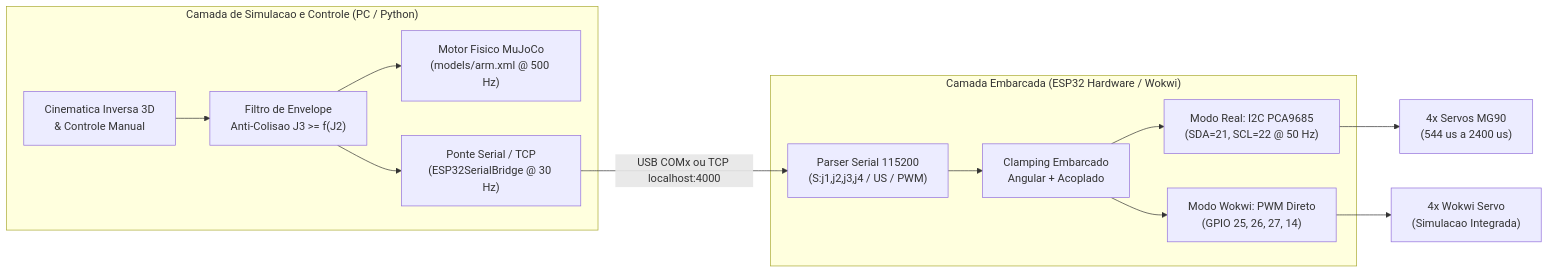
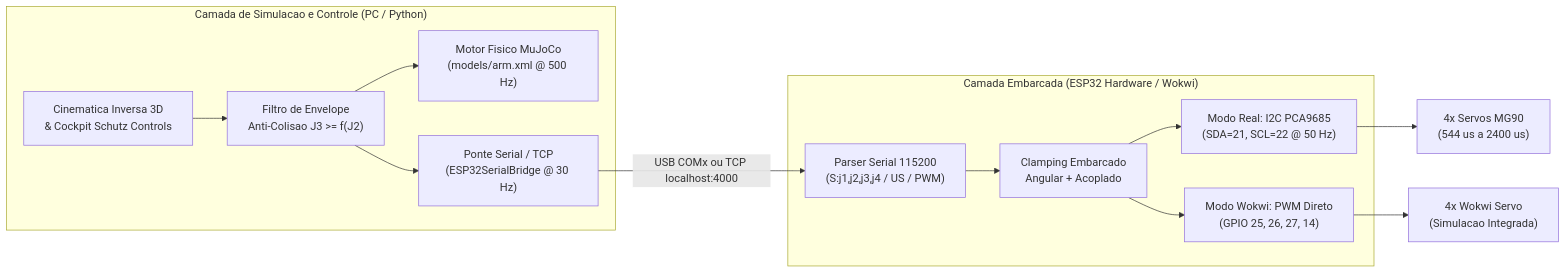
One commit to ryhanschutz/robot_arm changed the first of 2 diagrams in README.md. Above: the diagram before and after it, drawn with Mermaid. The commit also changed other lines of this file and 2 other files, not shown here.

Commit message:
feat: add comprehensive engineering architecture guide and Schutz Controls UI documentation

````diff
--- a/README.md
+++ b/README.md
@@ -53,18 +53,18 @@
 ```mermaid
 flowchart LR
     subgraph SIM["Camada de Simulacao e Controle (PC / Python)"]
-        IK["Cinematica Inversa 3D\n& Controle Manual"] --> SAFE["Filtro de Envelope\nAnti-Colisao J3 >= f(J2)"]
+        IK["Cinematica Inversa 3D\n& Cockpit Schutz Controls"] --> SAFE["Filtro de Envelope\nAnti-Colisao J3 >= f(J2)"]
         SAFE --> MJ["Motor Fisico MuJoCo\n(models/arm.xml @ 500 Hz)"]
         SAFE --> BRIDGE["Ponte Serial / TCP\n(ESP32SerialBridge @ 30 Hz)"]
     end
 
     subgraph HIL["Camada Embarcada (ESP32 Hardware / Wokwi)"]
         UART["Parser Serial 115200\n(S:j1,j2,j3,j4 / US / PWM)"] --> FW_SAFE["Clamping Embarcado\nAngular + Acoplado"]
         FW_SAFE --> PCA["Modo Real: I2C PCA9685\n(SDA=21, SCL=22 @ 50 Hz)"]
         FW_SAFE --> GPIO["Modo Wokwi: PWM Direto\n(GPIO 25, 26, 27, 14)"]
     end
 
     BRIDGE -- "USB COMx ou TCP localhost:4000" --> UART
     PCA --> SERVOS["4x Servos MG90\n(544 us a 2400 us)"]
     GPIO --> WSERVOS["4x Wokwi Servo\n(Simulacao Integrada)"]
 ```
````
